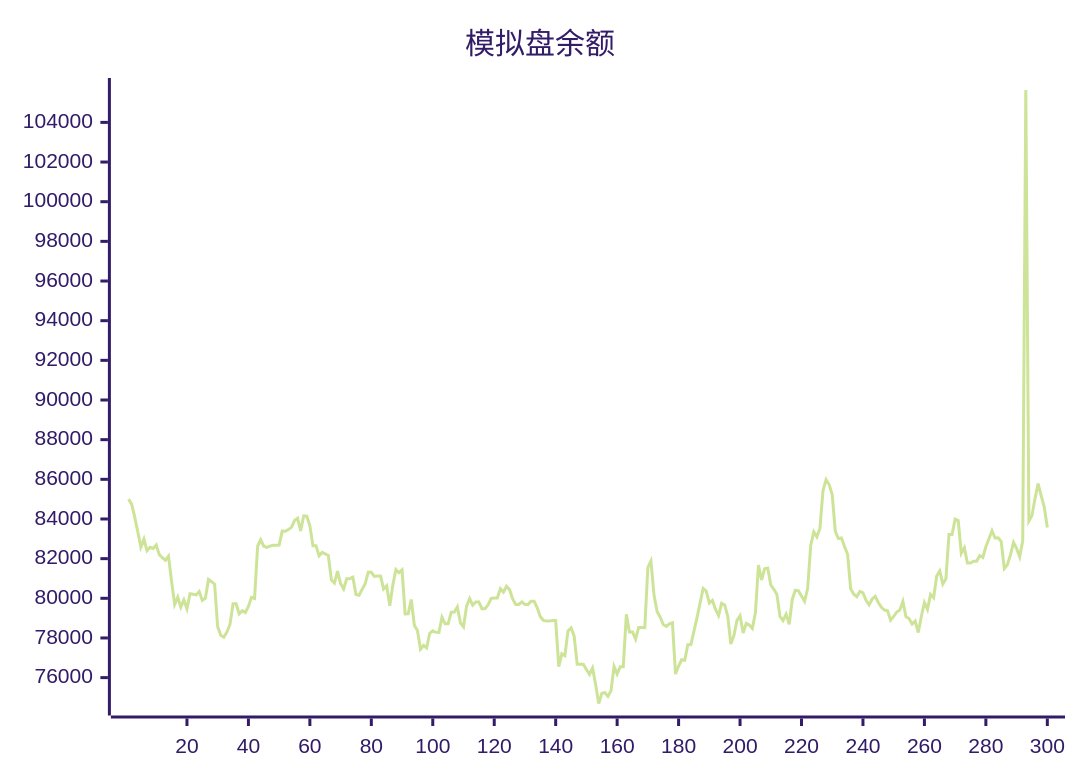
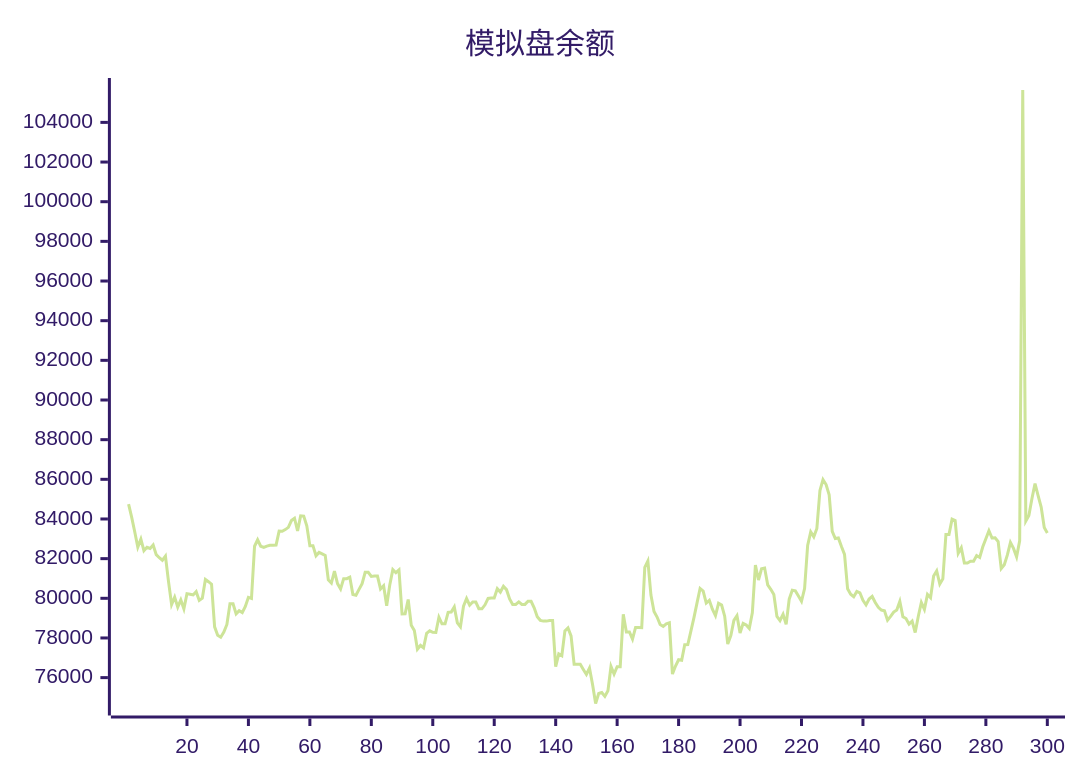
The diagram in README.md (aahl/ai-trading), drawn with Mermaid (forest theme) before and after one commit. The commit also changed other lines of this file and 1 other file, not shown here.

````diff
--- a/README.md
+++ b/README.md
@@ -5,5 +5,5 @@
 ```mermaid
 xychart
     title "模拟盘余额"
-    line [85002,84751,84096,83356,82582,82983,82404,82572,82512,82688,82200,82047,81920,82125,80840,79688,80060,79552,79920,79470,80236,80208,80170,80336,79894,80006,80954,80837,80712,78561,78139,78037,78293,78682,79720,79720,79214,79372,79279,79591,80046,79993,82625,82950,82626,82571,82633,82670,82670,82681,83386,83378,83464,83579,83920,84037,83402,84160,84142,83652,82655,82655,82145,82315,82243,82163,80934,80770,81371,80742,80468,80989,80989,81067,80191,80155,80450,80737,81309,81309,81106,81119,81119,80471,80631,79624,80670,81448,81290,81429,79212,79222,79940,78643,78380,77432,77623,77504,78235,78358,78284,78277,79048,78714,78714,79290,79308,79567,78763,78563,79603,79988,79652,79813,79813,79476,79469,79673,79995,80015,80015,80486,80314,80600,80436,79966,79689,79689,79819,79692,79692,79850,79850,79518,79071,78889,78850,78850,78878,78878,76554,77202,77103,78357,78510,78106,76678,76677,76672,76411,76159,76485,75656,74695,75197,75246,75052,75334,76564,76179,76553,76551,79196,78300,78300,77944,78531,78531,78521,81564,81884,80160,79335,79055,78675,78580,78708,78764,76179,76586,76902,76876,77658,77669,78346,79023,79769,80497,80366,79761,79896,79448,79126,79749,79658,79097,77695,78114,78888,79126,78249,78738,78653,78478,79271,81680,80923,81488,81527,80681,80455,80190,79084,78879,79193,78686,79954,80403,80374,80118,79848,80491,82665,83351,83098,83525,85430,85983,85737,85221,83378,83014,83043,82613,82216,80477,80208,80081,80348,80277,79894,79670,79965,80093,79786,79542,79406,79371,78893,79087,79304,79406,79841,79072,78978,78696,78846,78272,79085,79787,79442,80198,80031,81120,81379,80718,80985,83214,83212,83993,83921,82270,82547,81776,81776,81866,81866,82158,82061,82596,83000,83408,83041,83050,82858,81503,81691,82188,82812,82517,82092,82901,105633,83898,84180,85030,85781,85178,84604,83569]
+    line [84751,84096,83356,82582,82983,82404,82572,82512,82688,82200,82047,81920,82125,80840,79688,80060,79552,79920,79470,80236,80208,80170,80336,79894,80006,80954,80837,80712,78561,78139,78037,78293,78682,79720,79720,79214,79372,79279,79591,80046,79993,82625,82950,82626,82571,82633,82670,82670,82681,83386,83378,83464,83579,83920,84037,83402,84160,84142,83652,82655,82655,82145,82315,82243,82163,80934,80770,81371,80742,80468,80989,80989,81067,80191,80155,80450,80737,81309,81309,81106,81119,81119,80471,80631,79624,80670,81448,81290,81429,79212,79222,79940,78643,78380,77432,77623,77504,78235,78358,78284,78277,79048,78714,78714,79290,79308,79567,78763,78563,79603,79988,79652,79813,79813,79476,79469,79673,79995,80015,80015,80486,80314,80600,80436,79966,79689,79689,79819,79692,79692,79850,79850,79518,79071,78889,78850,78850,78878,78878,76554,77202,77103,78357,78510,78106,76678,76677,76672,76411,76159,76485,75656,74695,75197,75246,75052,75334,76564,76179,76553,76551,79196,78300,78300,77944,78531,78531,78521,81564,81884,80160,79335,79055,78675,78580,78708,78764,76179,76586,76902,76876,77658,77669,78346,79023,79769,80497,80366,79761,79896,79448,79126,79749,79658,79097,77695,78114,78888,79126,78249,78738,78653,78478,79271,81680,80923,81488,81527,80681,80455,80190,79084,78879,79193,78686,79954,80403,80374,80118,79848,80491,82665,83351,83098,83525,85430,85983,85737,85221,83378,83014,83043,82613,82216,80477,80208,80081,80348,80277,79894,79670,79965,80093,79786,79542,79406,79371,78893,79087,79304,79406,79841,79072,78978,78696,78846,78272,79085,79787,79442,80198,80031,81120,81379,80718,80985,83214,83212,83993,83921,82270,82547,81776,81776,81866,81866,82158,82061,82596,83000,83408,83041,83050,82858,81503,81691,82188,82812,82517,82092,82901,105633,83898,84180,85030,85781,85178,84604,83569,83298]
 ```
````
